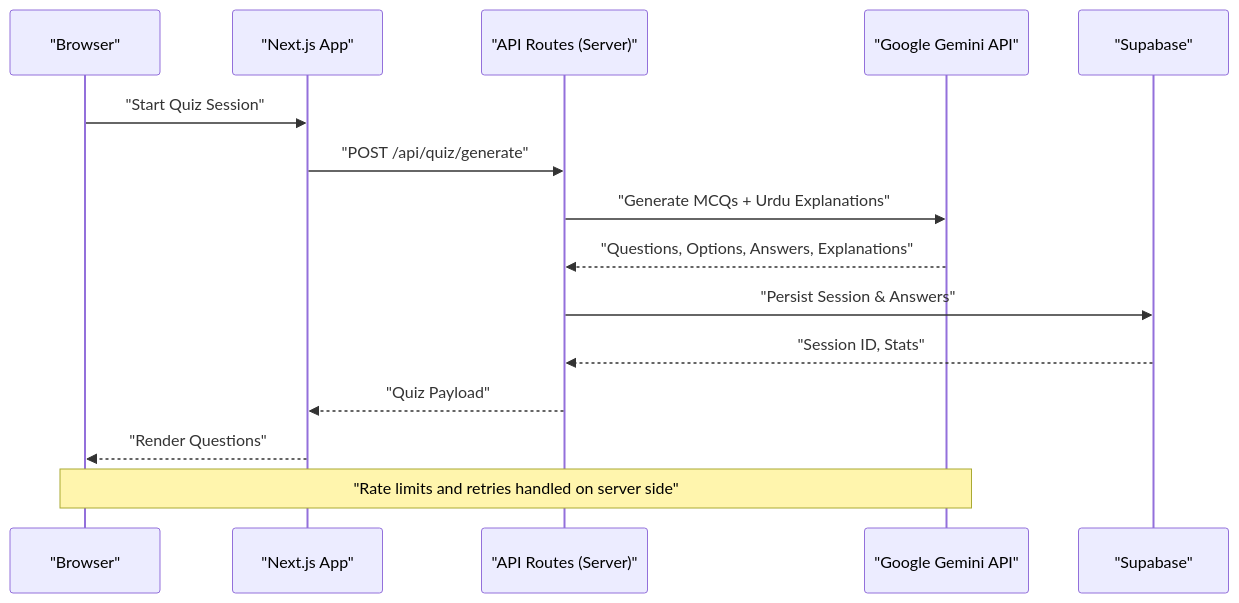
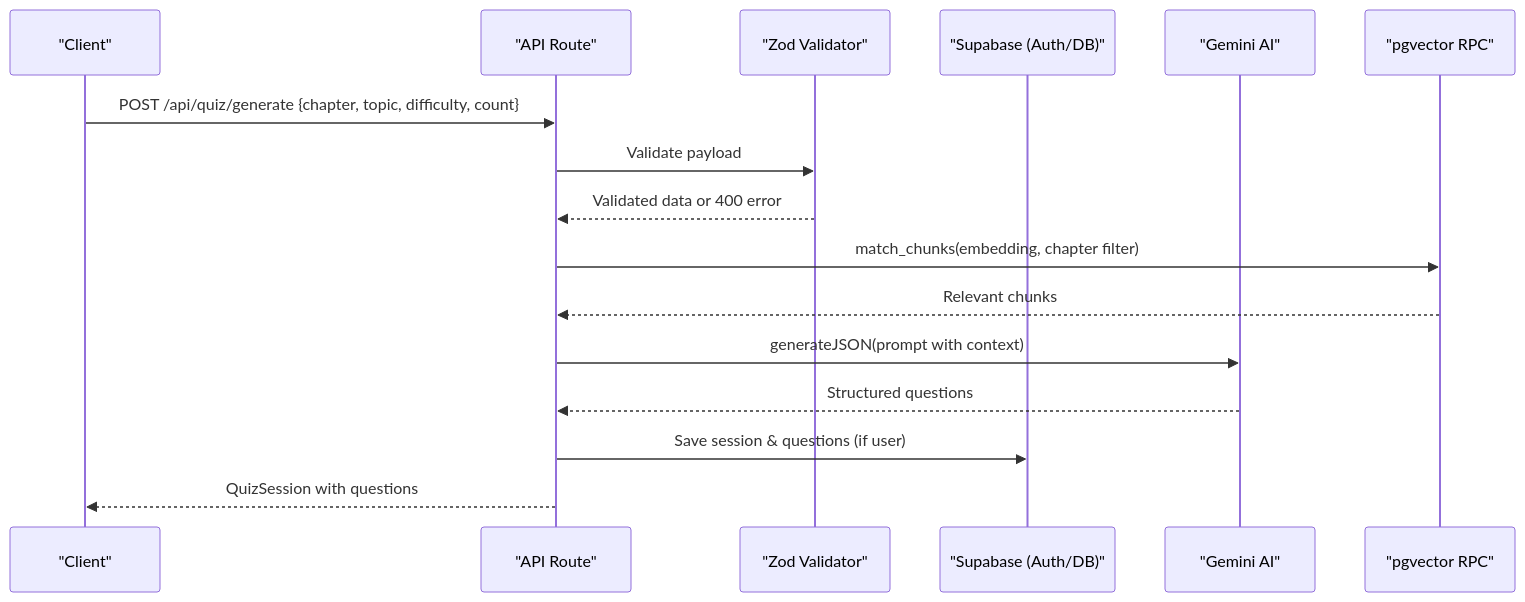
One commit to Daniiyal-creates/MedAce-AI changed the second of 3 diagrams in .qoder/repowiki/en/content/API Reference/API Reference.md. Above: the diagram before and after it, drawn with Mermaid. The commit also changed other lines of this file and 159 other files, not shown here.

````diff
--- a/.qoder/repowiki/en/content/API Reference/API Reference.md
+++ b/.qoder/repowiki/en/content/API Reference/API Reference.md
@@ -97,17 +108,18 @@
 ```mermaid
 sequenceDiagram
-participant Browser as "Browser"
-participant NextJS as "Next.js App"
-participant API as "API Routes (Server)"
-participant Gemini as "Google Gemini API"
-participant Supabase as "Supabase"
-Browser->>NextJS : "Start Quiz Session"
-NextJS->>API : "POST /api/quiz/generate"
-API->>Gemini : "Generate MCQs + Urdu Explanations"
-Gemini-->>API : "Questions, Options, Answers, Explanations"
-API->>Supabase : "Persist Session & Answers"
-Supabase-->>API : "Session ID, Stats"
-API-->>NextJS : "Quiz Payload"
-NextJS-->>Browser : "Render Questions"
-Note over Browser,Gemini : "Rate limits and retries handled on server side"
+participant C as "Client"
+participant A as "API Route"
+participant V as "Zod Validator"
+participant S as "Supabase (Auth/DB)"
+participant G as "Gemini AI"
+participant P as "pgvector RPC"
+C->>A : POST /api/quiz/generate {chapter, topic, difficulty, count}
+A->>V : Validate payload
+V-->>A : Validated data or 400 error
+A->>P : match_chunks(embedding, chapter filter)
+P-->>A : Relevant chunks
+A->>G : generateJSON(prompt with context)
+G-->>A : Structured questions
+A->>S : Save session & questions (if user)
+A-->>C : QuizSession with questions
 ```
````
